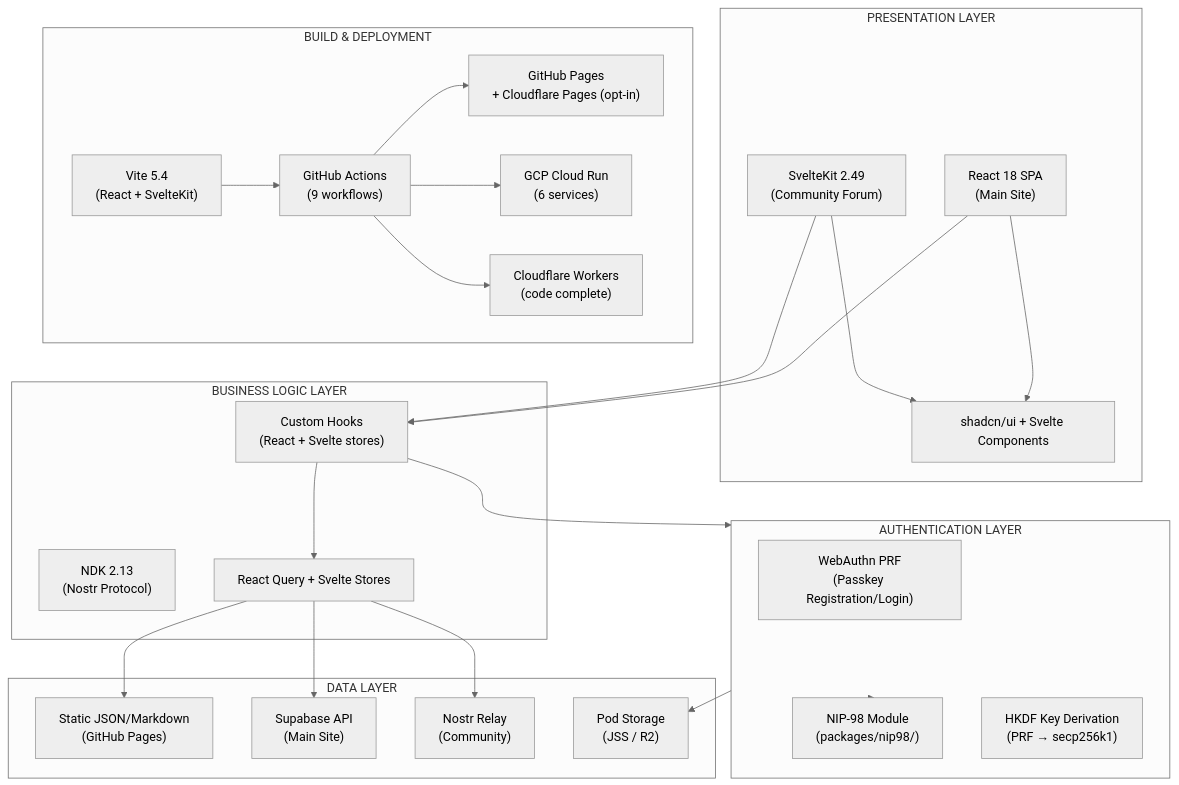
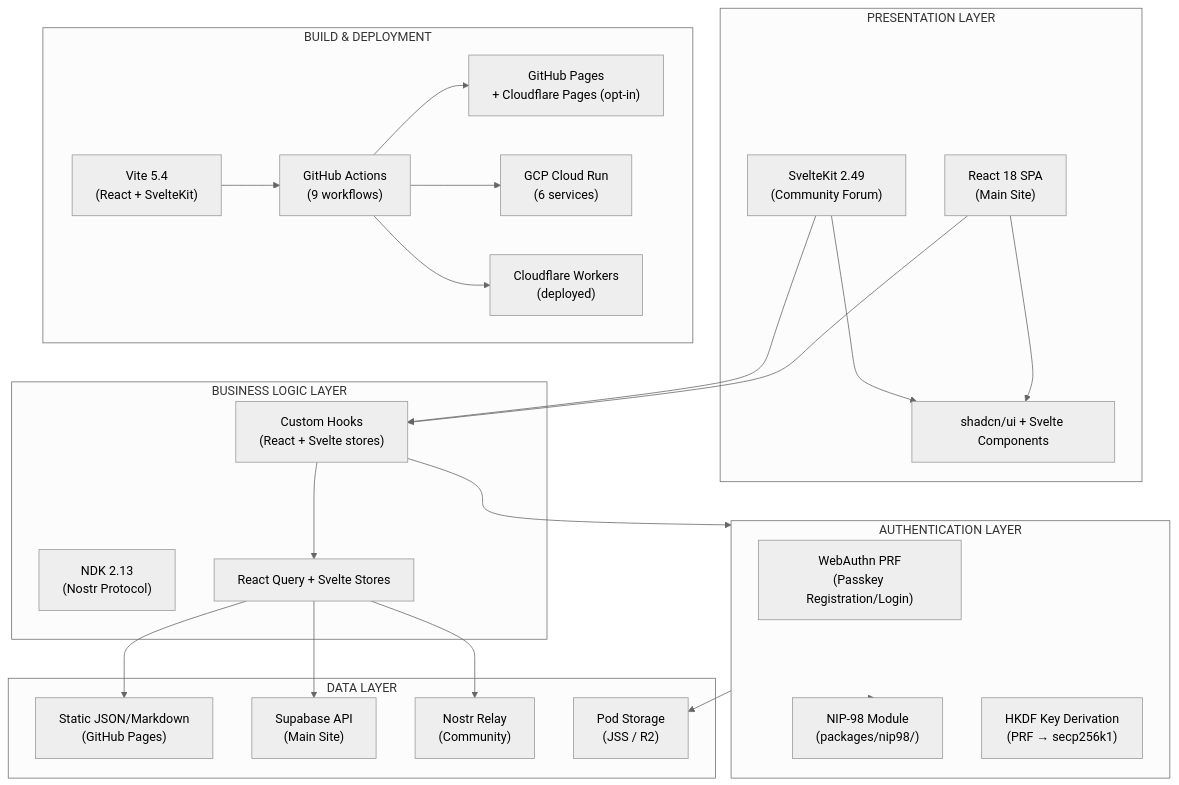
One commit to DreamLab-AI/dreamlab-ai-website changed the second of 3 diagrams in docs/architecture/SYSTEM_OVERVIEW.md. Above: the diagram before and after it, drawn with Mermaid (neutral theme). The commit also changed other lines of this file and 37 other files, not shown here.

First line of the commit message:
Harden Workers security + update 35 docs to deployed status

````diff
--- a/docs/architecture/SYSTEM_OVERVIEW.md
+++ b/docs/architecture/SYSTEM_OVERVIEW.md
@@ -98,51 +98,51 @@
 ```mermaid
 graph TB
     subgraph Presentation["PRESENTATION LAYER"]
         React["React 18 SPA<br/>(Main Site)"]
         SvelteKit["SvelteKit 2.49<br/>(Community Forum)"]
         UI["shadcn/ui + Svelte Components"]
     end
 
     subgraph Auth["AUTHENTICATION LAYER"]
         WebAuthn["WebAuthn PRF<br/>(Passkey Registration/Login)"]
         NIP98["NIP-98 Module<br/>(packages/nip98/)"]
         HKDF["HKDF Key Derivation<br/>(PRF → secp256k1)"]
     end
 
     subgraph Business["BUSINESS LOGIC LAYER"]
         Hooks["Custom Hooks<br/>(React + Svelte stores)"]
         NDK["NDK 2.13<br/>(Nostr Protocol)"]
         State["React Query + Svelte Stores"]
     end
 
     subgraph Data["DATA LAYER"]
         StaticData["Static JSON/Markdown<br/>(GitHub Pages)"]
         Supabase["Supabase API<br/>(Main Site)"]
         NostrRelay["Nostr Relay<br/>(Community)"]
         PodStorage["Pod Storage<br/>(JSS / R2)"]
     end
 
     subgraph Build["BUILD & DEPLOYMENT"]
         Vite["Vite 5.4<br/>(React + SvelteKit)"]
         Actions["GitHub Actions<br/>(9 workflows)"]
         Pages["GitHub Pages<br/>+ Cloudflare Pages (opt-in)"]
         CloudRun["GCP Cloud Run<br/>(6 services)"]
-        Workers["Cloudflare Workers<br/>(code complete)"]
+        Workers["Cloudflare Workers<br/>(deployed)"]
     end
 
     React --> UI
     SvelteKit --> UI
     React --> Hooks
     SvelteKit --> Hooks
     Hooks --> Auth
     Auth --> NIP98
     Hooks --> State
     State --> StaticData
     State --> Supabase
     State --> NostrRelay
     Auth --> PodStorage
     Vite --> Actions
     Actions --> Pages
     Actions --> CloudRun
     Actions --> Workers
 ```
````
